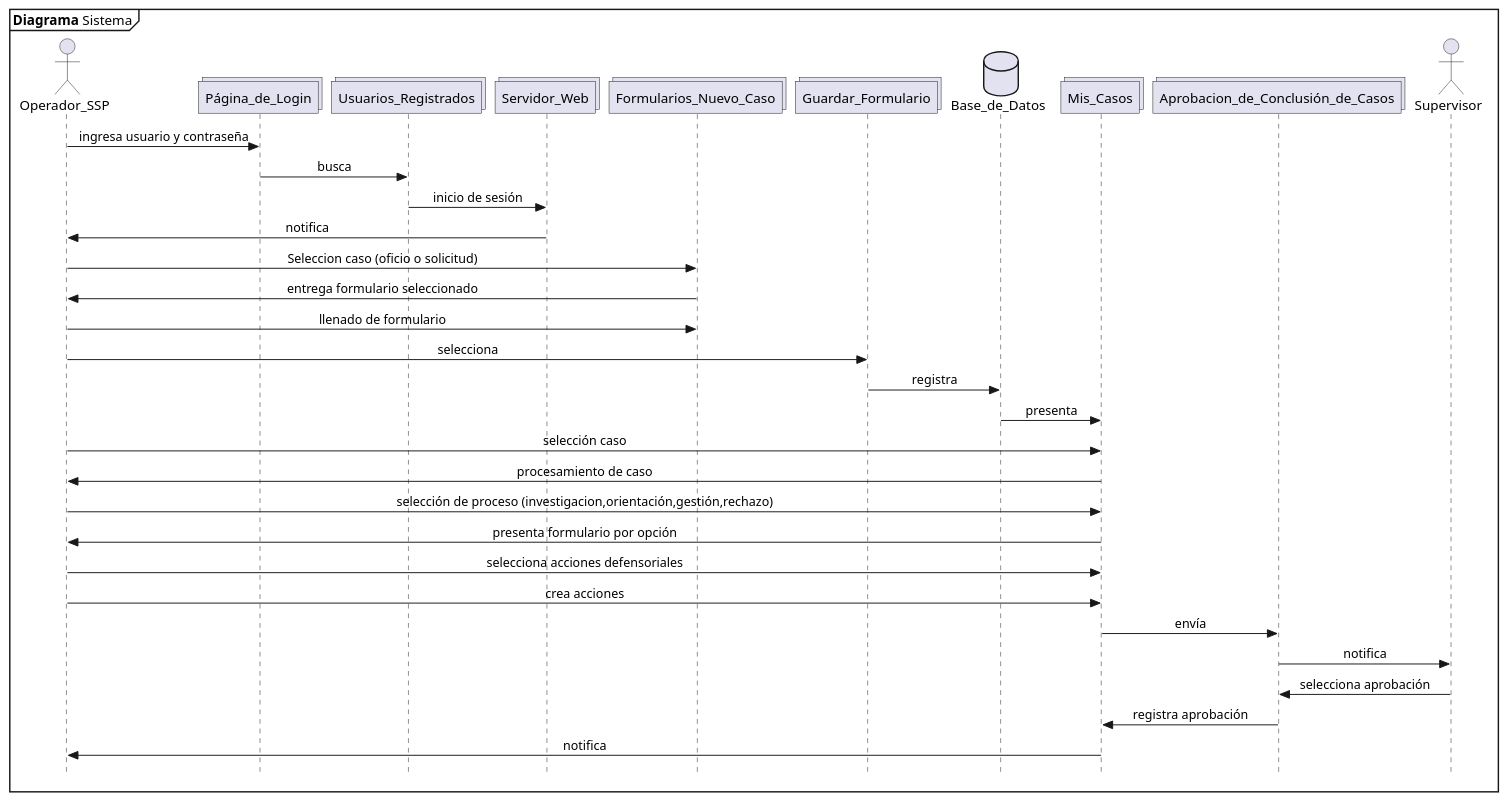
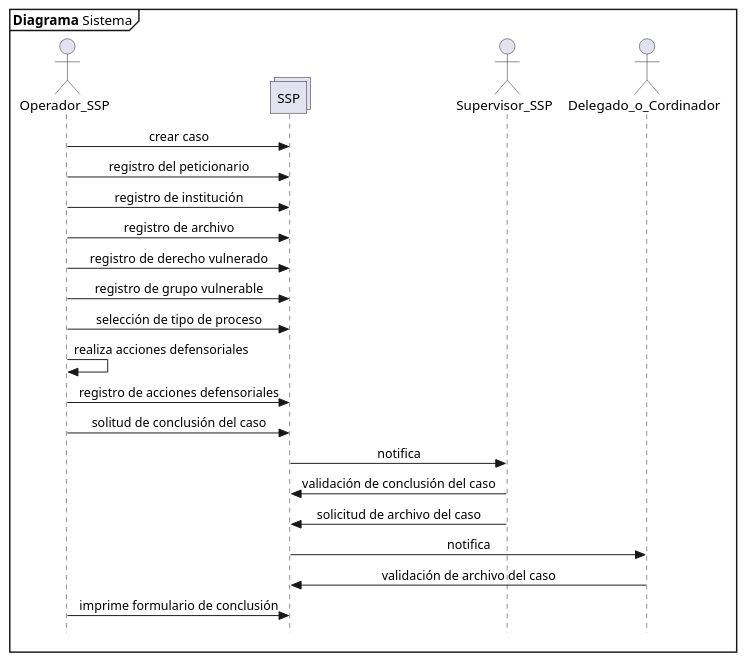
The diagram in 06 diagrama sistema.plantuml (n1m0d0/defdiag), drawn with PlantUML before and after one commit. The commit also changed 21 other files, not shown here.

Commit message:
diagramas validados estado de situacion y diagramas de propuesta

```diff
--- a/06 diagrama sistema.plantuml
+++ b/06 diagrama sistema.plantuml
@@ -1,50 +1,29 @@
 @startuml Diagrama_Sistema
 skinparam Style strictuml
 skinparam SequenceMessageAlignment center
 
 mainframe **Diagrama** Sistema
 
 actor Operador_SSP as opssp
-collections Página_de_Login as login
-collections Usuarios_Registrados as regis
-collections Servidor_Web as web
-collections Formularios_Nuevo_Caso as form
-collections Guardar_Formulario as save
-database Base_de_Datos as BD
-collections Mis_Casos as mcasos
-collections Aprobacion_de_Conclusión_de_Casos as apro
-actor Supervisor as sup
+collections SSP
+actor Supervisor_SSP as supssp
+actor Delegado_o_Cordinador as delcor
 
-
-opssp->login:ingresa usuario y contraseña
-login->regis:busca
-regis->web:inicio de sesión
-web->opssp:notifica
-opssp->form:Seleccion caso (oficio o solicitud)
-form->opssp:entrega formulario seleccionado
-opssp->form:llenado de formulario
-opssp->save:selecciona
-save->BD:registra
-BD->mcasos:presenta
-opssp->mcasos:selección caso
-mcasos->opssp:procesamiento de caso
-opssp->mcasos:selección de proceso (investigacion,orientación,gestión,rechazo)
-mcasos->opssp:presenta formulario por opción
-opssp->mcasos:selecciona acciones defensoriales
-opssp->mcasos:crea acciones
-mcasos->apro:envía
-apro->sup:notifica
-sup->apro:selecciona aprobación
-apro->mcasos:registra aprobación
-mcasos->opssp:notifica
-
-
-
-
-
-
-
-
-
+opssp->SSP: crear caso
+opssp->SSP: registro del peticionario
+opssp->SSP: registro de institución 
+opssp->SSP: registro de archivo
+opssp->SSP: registro de derecho vulnerado
+opssp->SSP: registro de grupo vulnerable
+opssp->SSP: selección de tipo de proceso
+opssp->opssp: realiza acciones defensoriales
+opssp->SSP: registro de acciones defensoriales
+opssp->SSP: solitud de conclusión del caso
+SSP->supssp: notifica
+supssp->SSP: validación de conclusión del caso
+supssp->SSP: solicitud de archivo del caso
+SSP->delcor: notifica
+delcor->SSP: validación de archivo del caso
+opssp->SSP: imprime formulario de conclusión
 
 @enduml
```
